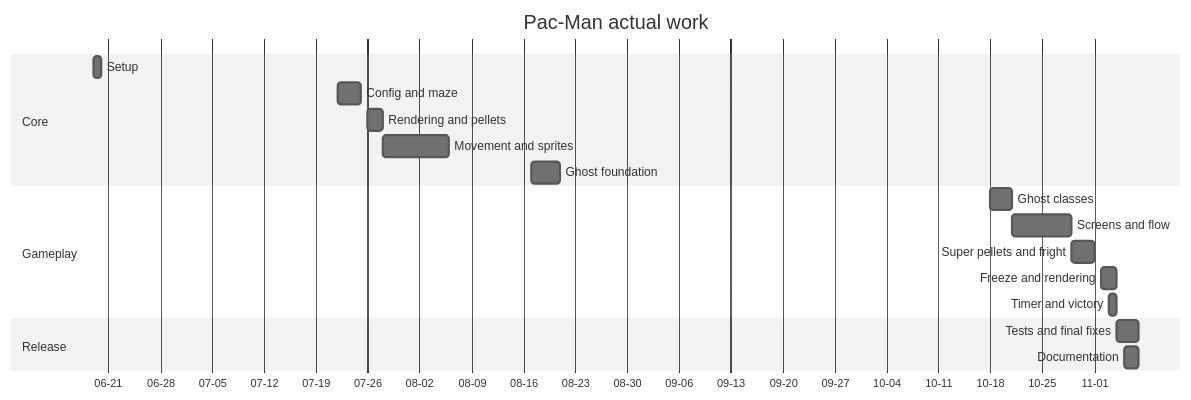
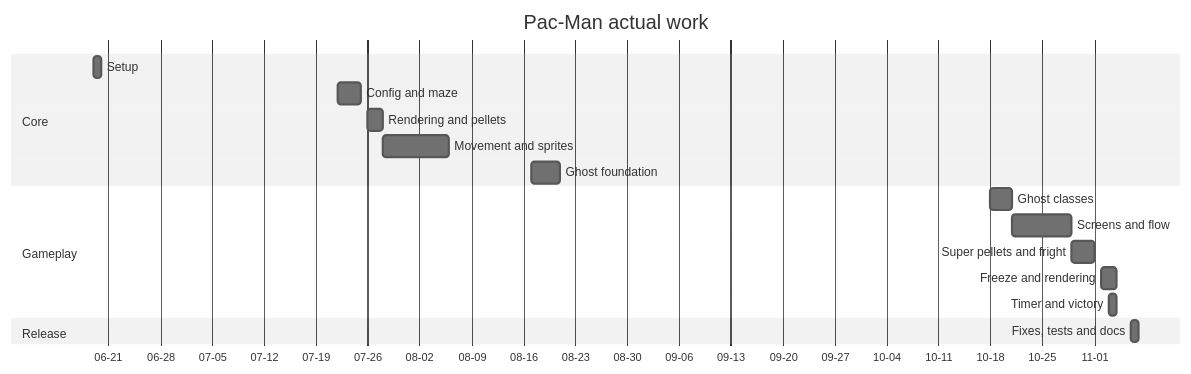
The diagram in project_management/timeline.md (ShadowThijs/42-pacman), drawn with Mermaid (neutral theme) before and after one commit. The commit also changed 2 other files, not shown here.

Commit message:
docs: correct the ghost timeline and control wording
Separate the August ghost skeleton from asylla's October ghost work,
and make the menu escape description match the actual behaviour.

````diff
--- a/project_management/timeline.md
+++ b/project_management/timeline.md
@@ -29,21 +29,20 @@
 ```mermaid
 gantt
     title Pac-Man actual work
     dateFormat  YYYY-MM-DD
     axisFormat  %m-%d
     section Core
     Setup                    :2026-06-19, 1d
     Config and maze          :2026-07-22, 3d
     Rendering and pellets    :2026-07-26, 2d
     Movement and sprites     :2026-07-28, 9d
     Ghost foundation         :2026-08-17, 4d
     section Gameplay
     Ghost classes            :2026-10-18, 3d
     Screens and flow         :2026-10-21, 8d
     Super pellets and fright :2026-10-29, 3d
     Freeze and rendering     :2026-11-02, 2d
     Timer and victory        :2026-11-03, 1d
     section Release
-    Tests and final fixes    :2026-11-04, 3d
-    Documentation            :2026-11-05, 2d
+    Fixes, tests and docs    :2026-11-06, 1d
 ```
````
